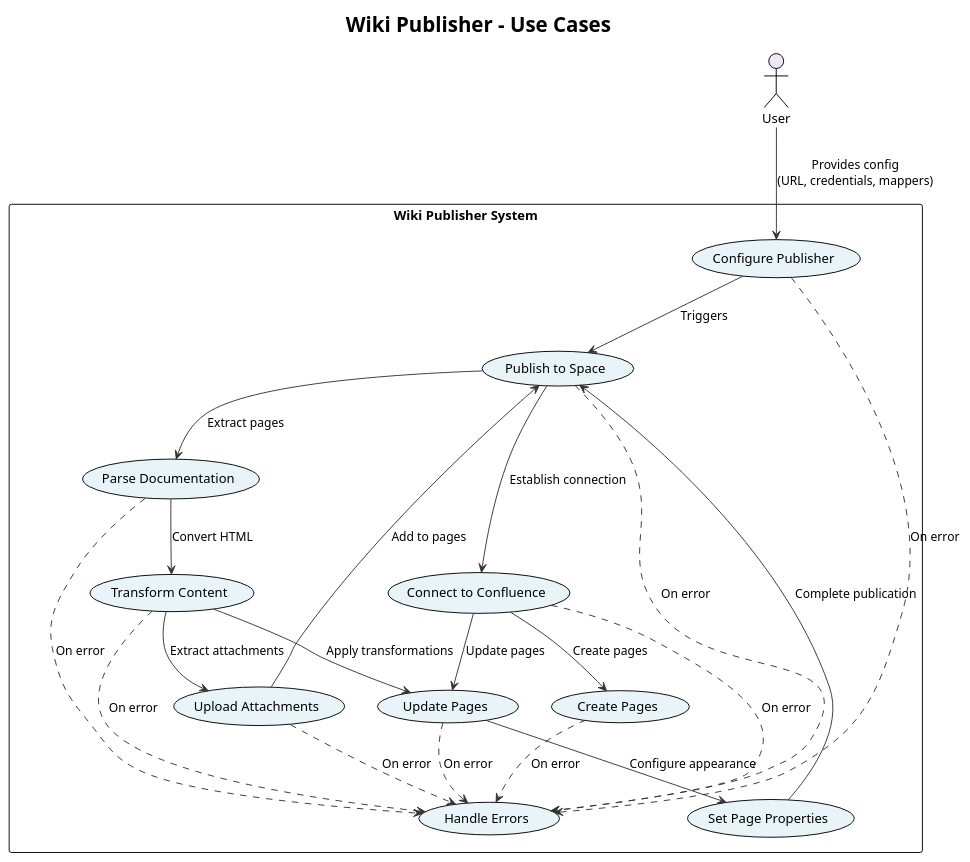
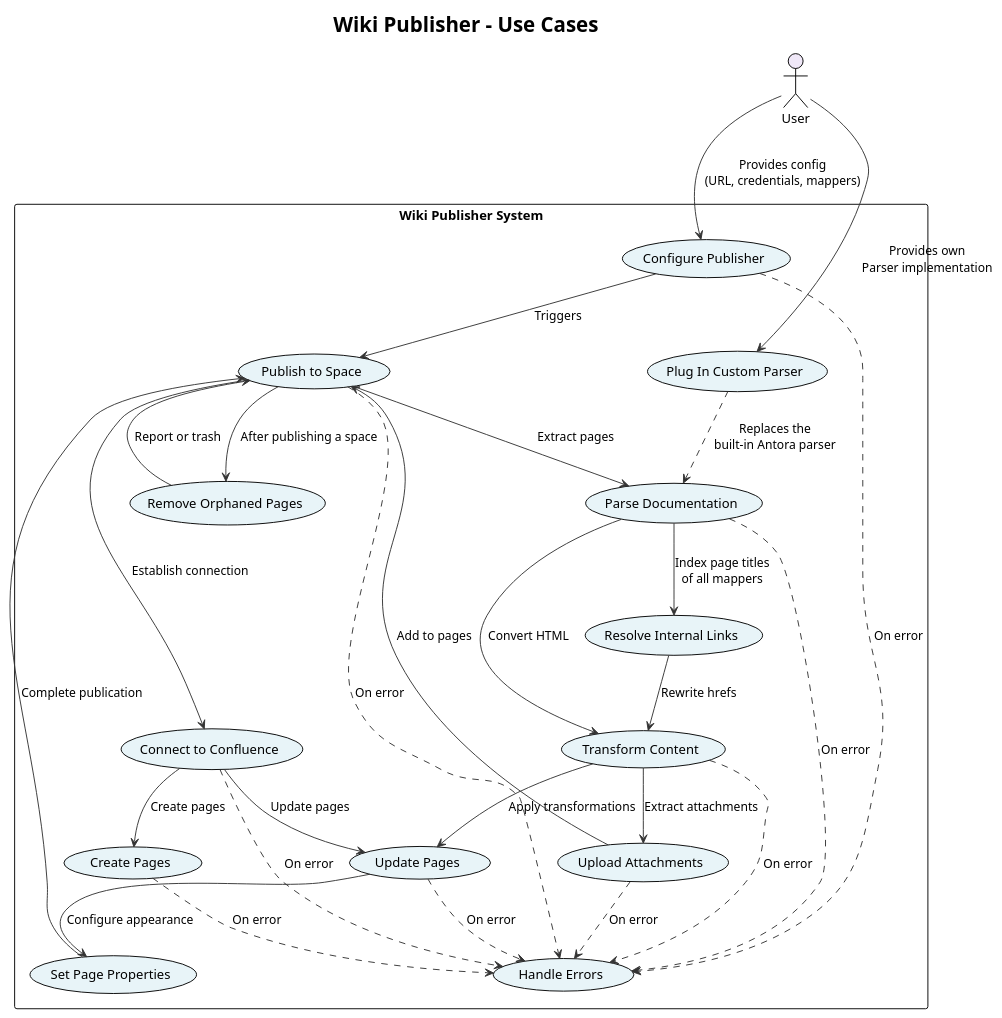
One commit to huber-and/atlassian-tools changed the diagram in wiki-publisher/src/main/docs/plantuml/use_cases.puml. Above: the diagram before and after it, drawn with PlantUML. The commit also changed 8 other files, not shown here.

```diff
--- a/wiki-publisher/src/main/docs/plantuml/use_cases.puml
+++ b/wiki-publisher/src/main/docs/plantuml/use_cases.puml
@@ -1,49 +1,58 @@
 @startuml use_cases
 !theme plain
 title Wiki Publisher - Use Cases
 
 skinparam usecaseBackgroundColor #E8F4F8
 skinparam actorBackgroundColor #F0E8F8
 skinparam arrowColor #333333
 
 actor User
 
 rectangle "Wiki Publisher System" {
   usecase "Configure Publisher" as UC1
   usecase "Parse Documentation" as UC2
   usecase "Transform Content" as UC3
   usecase "Connect to Confluence" as UC4
   usecase "Create Pages" as UC5
   usecase "Update Pages" as UC6
   usecase "Upload Attachments" as UC7
   usecase "Publish to Space" as UC8
   usecase "Set Page Properties" as UC9
   usecase "Handle Errors" as UC10
+  usecase "Resolve Internal Links" as UC11
+  usecase "Remove Orphaned Pages" as UC12
+  usecase "Plug In Custom Parser" as UC13
 }
 
 User --> UC1: Provides config\n(URL, credentials, mappers)
+User --> UC13: Provides own\nParser implementation
+UC13 ..> UC2: Replaces the\nbuilt-in Antora parser
 UC1 --> UC8: Triggers
 
 UC8 --> UC2: Extract pages
 UC8 --> UC4: Establish connection
 UC4 --> UC5: Create pages
 UC4 --> UC6: Update pages
 
+UC2 --> UC11: Index page titles\nof all mappers
 UC2 --> UC3: Convert HTML
+UC11 --> UC3: Rewrite hrefs
 UC3 --> UC6: Apply transformations
 UC3 --> UC7: Extract attachments
 
 UC6 --> UC9: Configure appearance
 UC7 --> UC8: Add to pages
 UC9 --> UC8: Complete publication
+UC8 --> UC12: After publishing a space
+UC12 --> UC8: Report or trash
 
 UC8 ..> UC10: On error
 UC1 ..> UC10: On error
 UC2 ..> UC10: On error
 UC3 ..> UC10: On error
 UC4 ..> UC10: On error
 UC5 ..> UC10: On error
 UC6 ..> UC10: On error
 UC7 ..> UC10: On error
 
 @enduml
```
